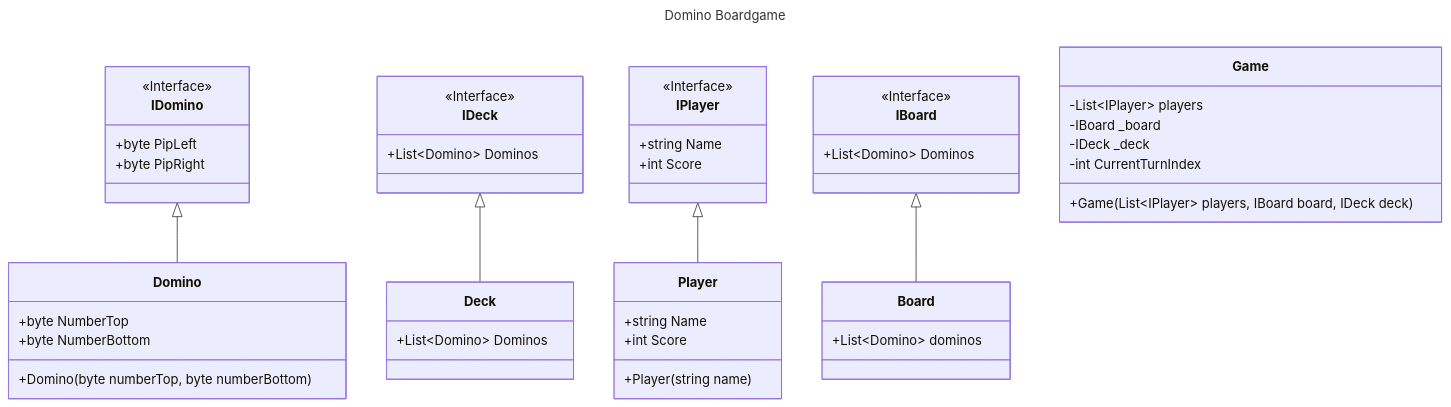
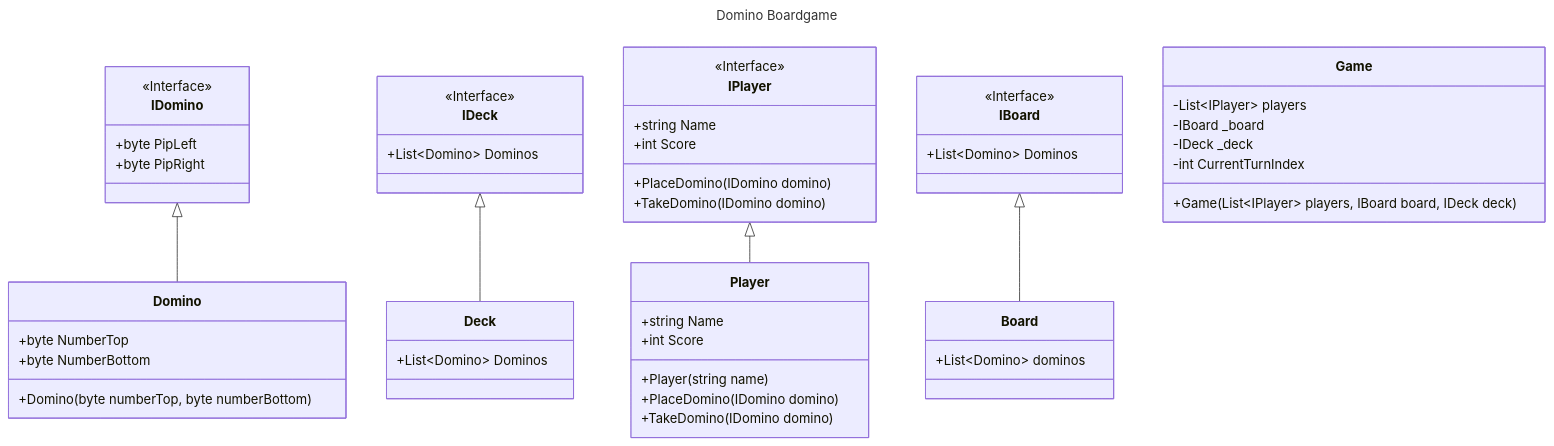
One commit to kristoferpamung/bootcamp changed the diagram in domino.mmd. Above: the diagram before and after it, drawn with Mermaid.

Commit message:
mmd edited

```diff
--- a/domino.mmd
+++ b/domino.mmd
@@ -1,55 +1,59 @@
 ---
 title: Domino Boardgame
 ---
 
 classDiagram
     IDomino <|-- Domino
     IDeck <|-- Deck
     IPlayer <|-- Player
     IBoard <|-- Board
 
     class IDomino {
         <<Interface>>
         +byte PipLeft
         +byte PipRight
     }
     class Domino {
         +byte NumberTop
         +byte NumberBottom
         +Domino(byte numberTop, byte numberBottom)
     }
 
     class IDeck {
         <<Interface>>
         +List~Domino~ Dominos
     }
     class Deck {
         +List~Domino~ Dominos
     }
     class IPlayer {
         <<Interface>>
         +string Name
         +int Score
+        +PlaceDomino(IDomino domino)
+        +TakeDomino(IDomino domino)
     }
 
     class Player {
         +string Name
         +int Score
         +Player(string name)
+        +PlaceDomino(IDomino domino)
+        +TakeDomino(IDomino domino)
     }
 
     class IBoard {
         <<Interface>>
         +List~Domino~ Dominos
     }
     class Board {
         +List~Domino~ dominos
     }
 
     class Game {
         -List~IPlayer~ players
         -IBoard _board
         -IDeck _deck
         -int CurrentTurnIndex
         +Game(List~IPlayer~ players, IBoard board, IDeck deck)
     }
```
